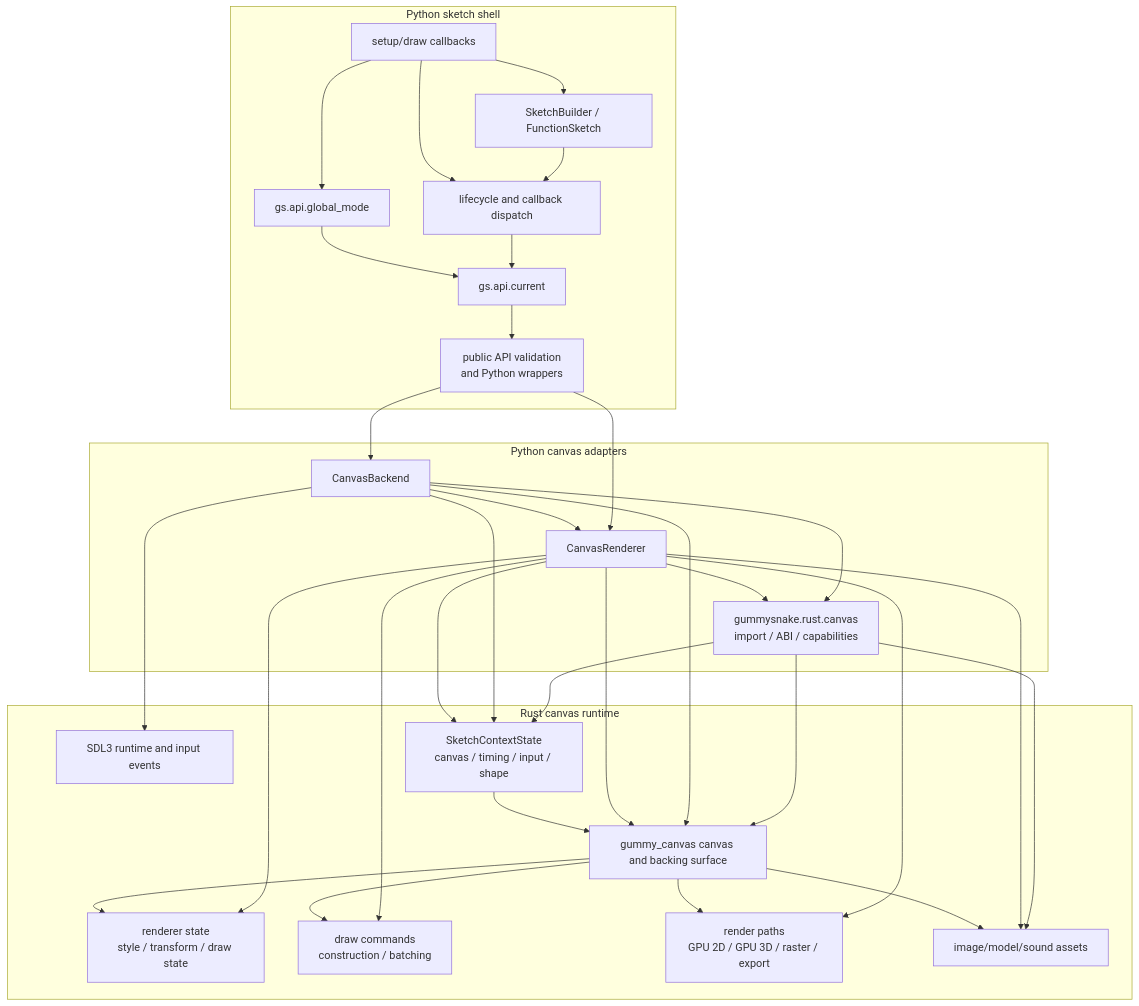
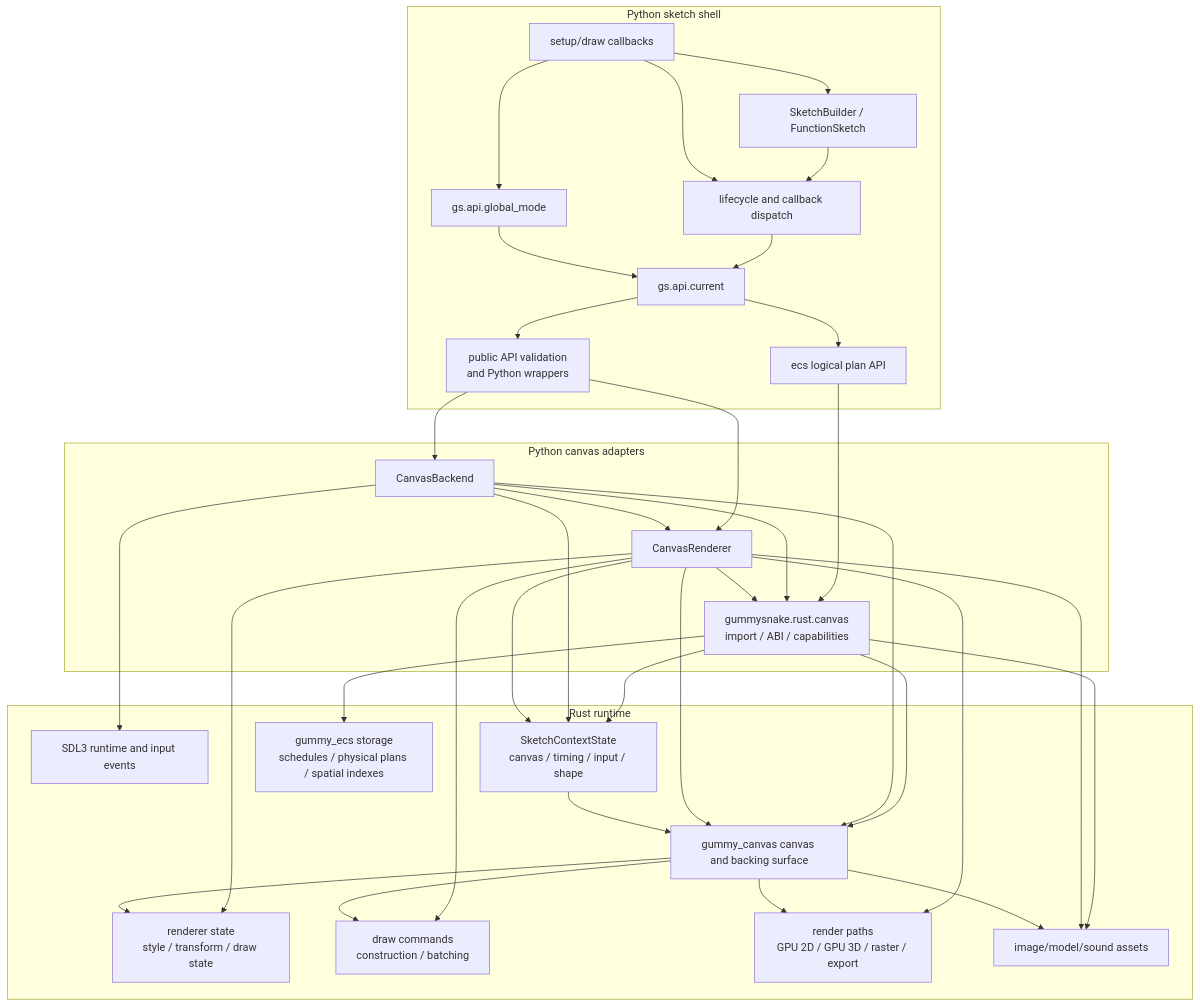
The first of 4 diagrams in docs/contribute/architecture.md (JonathanHHenson/gummy_snake), drawn with Mermaid before and after one commit. The commit also changed other lines of this file and 15 other files, not shown here.

Commit message:
Document ECS runtime architecture and usage

````diff
--- a/docs/contribute/architecture.md
+++ b/docs/contribute/architecture.md
@@ -5,57 +6,62 @@
 ```mermaid
 flowchart TD
     subgraph Python["Python sketch shell"]
         User[setup/draw callbacks]
         Builder[SketchBuilder / FunctionSketch]
         Global[gs.api.global_mode]
         Current[gs.api.current]
         Lifecycle[lifecycle and callback dispatch]
         ApiFacade[public API validation<br/>and Python wrappers]
+        EcsApi[ecs logical plan API]
     end
 
     subgraph Adapter["Python canvas adapters"]
         Backend[CanvasBackend]
         Renderer[CanvasRenderer]
         BridgeImport[gummysnake.rust.canvas<br/>import / ABI / capabilities]
     end
 
-    subgraph Rust["Rust canvas runtime"]
+    subgraph Rust["Rust runtime"]
         Native[SDL3 runtime and input events]
         ContextState[SketchContextState<br/>canvas / timing / input / shape]
         Canvas[gummy_canvas canvas and backing surface]
         State[renderer state<br/>style / transform / draw state]
         Commands[draw commands<br/>construction / batching]
+        ECS[gummy_ecs storage<br/>schedules / physical plans / spatial indexes]
         Rendering[render paths<br/>GPU 2D / GPU 3D / raster / export]
         Assets[image/model/sound assets]
     end
 
     User --> Builder
     Builder --> Lifecycle
     User --> Lifecycle
     Lifecycle --> Current
     User --> Global
     Global --> Current
     Current --> ApiFacade
+    Current --> EcsApi
+    EcsApi --> BridgeImport
     ApiFacade --> Backend
     ApiFacade --> Renderer
     Backend --> Renderer
     Backend --> BridgeImport
     Renderer --> BridgeImport
     BridgeImport --> ContextState
     BridgeImport --> Canvas
+    BridgeImport --> ECS
     BridgeImport --> Assets
     Backend --> Native
     Backend --> ContextState
     Backend --> Canvas
     Renderer --> ContextState
     Renderer --> Canvas
     Renderer --> State
     Renderer --> Commands
     Renderer --> Rendering
     Renderer --> Assets
     ContextState --> Canvas
     Canvas --> State
     Canvas --> Commands
     Canvas --> Rendering
     Canvas --> Assets
 ```
````
